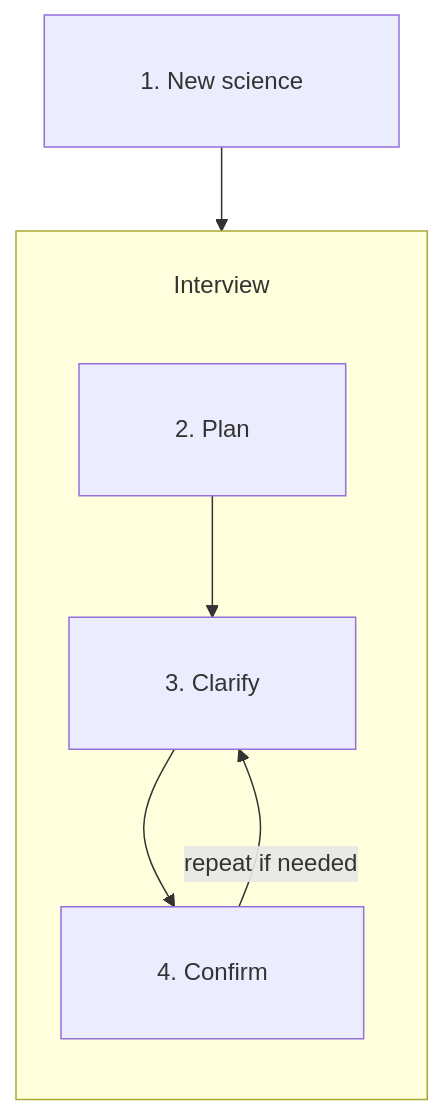
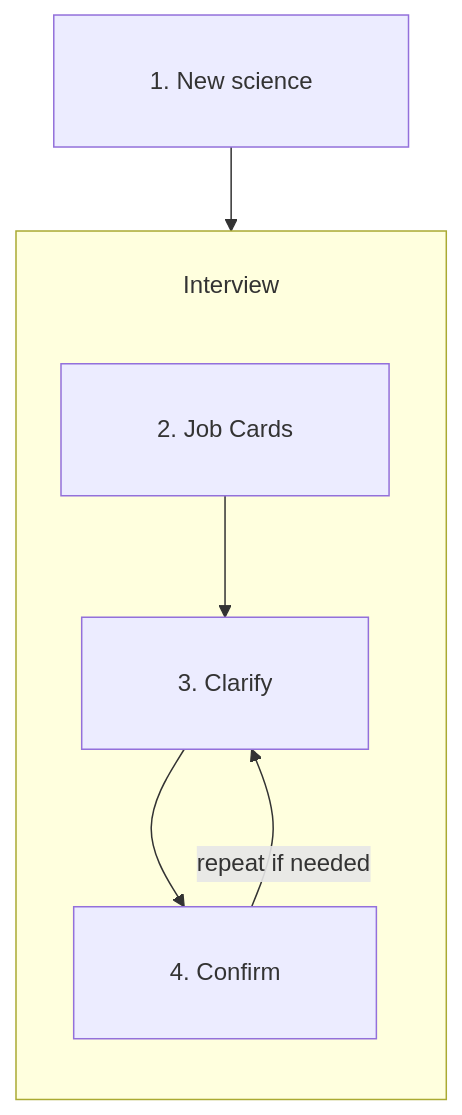
One commit to shahar-lab/shaharlab_ai_plugins changed the diagram in shaharlab-behavioral-data-analysis/flow.md. Above: the diagram before and after it, drawn with Mermaid. The commit also changed other lines of this file and 33 other files, not shown here.

````diff
--- a/shaharlab-behavioral-data-analysis/flow.md
+++ b/shaharlab-behavioral-data-analysis/flow.md
@@ -5,15 +5,15 @@
 ```mermaid
 %%{init: {"flowchart": {"subGraphTitleMargin": {"top": 24, "bottom": 24}, "padding": 32, "rankSpacing": 56, "nodeSpacing": 40}}}%%
 flowchart TD
   newScience["1. New science"]
   subgraph interview [Interview]
     direction TB
-    planCard["2. Plan"]
+    jobCards["2. Job Cards"]
     clarify["3. Clarify"]
     confirm["4. Confirm"]
-    planCard --> clarify
+    jobCards --> clarify
     clarify --> confirm
     confirm -->|"repeat if needed"| clarify
   end
-  newScience --> planCard
+  newScience --> jobCards
 ```
````
